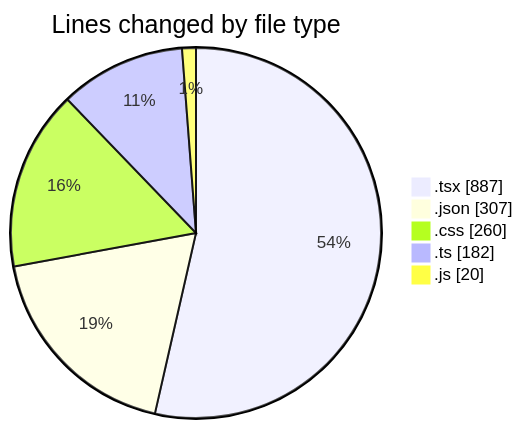
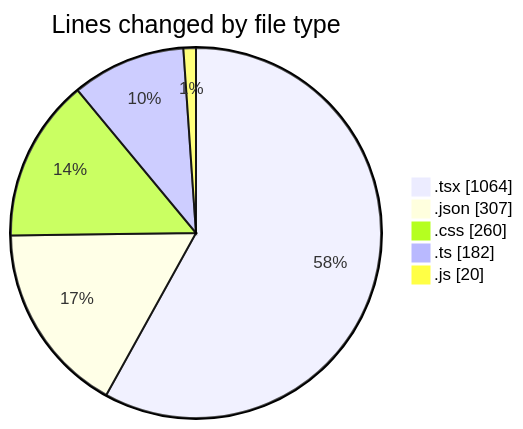
Before and after one commit to Elitesun/code-tracking: the first of 2 diagrams in 2025-05-04/niten/README.md, drawn with Mermaid. The commit also changed other lines of this file and 1 other file, not shown here.

````diff
--- a/2025-05-04/niten/README.md
+++ b/2025-05-04/niten/README.md
@@ -40,9 +41,9 @@
 ```mermaid
 pie showData
 title Lines changed by file type
-".tsx" : 887
+".tsx" : 1064
 ".json" : 307
 ".css" : 260
 ".ts" : 182
 ".js" : 20
 ```
````
